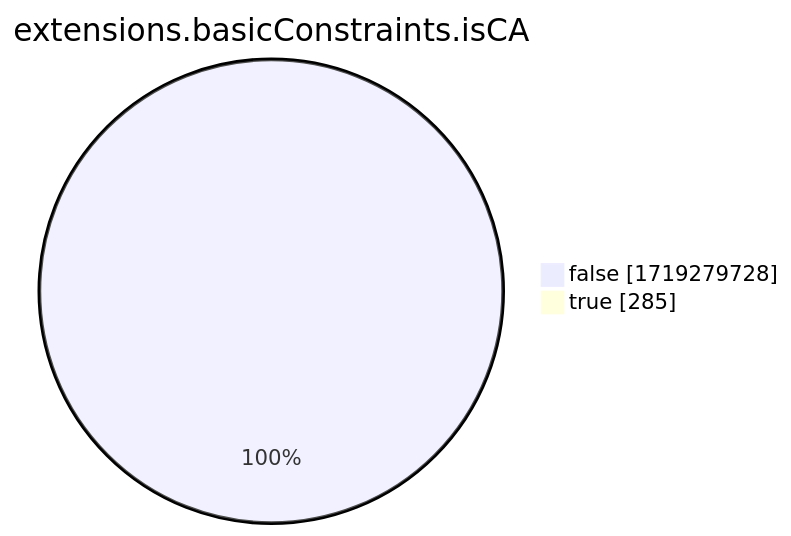
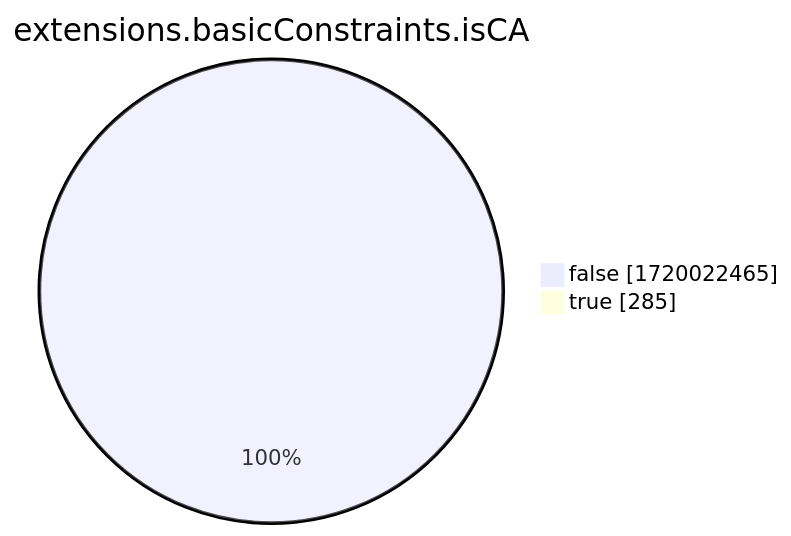
Before and after one commit to christiankrug/ctmonitor_visualization: the eighth of 15 diagrams in xenon2022/README.md, drawn with Mermaid. The commit also changed other lines of this file, not shown here.

````diff
--- a/xenon2022/README.md
+++ b/xenon2022/README.md
@@ -2866,6 +2866,6 @@
 ```mermaid
 pie showData
 title extensions.basicConstraints.isCA
-"false" :1719279728
+"false" :1720022465
 "true" :285
 ```
````
